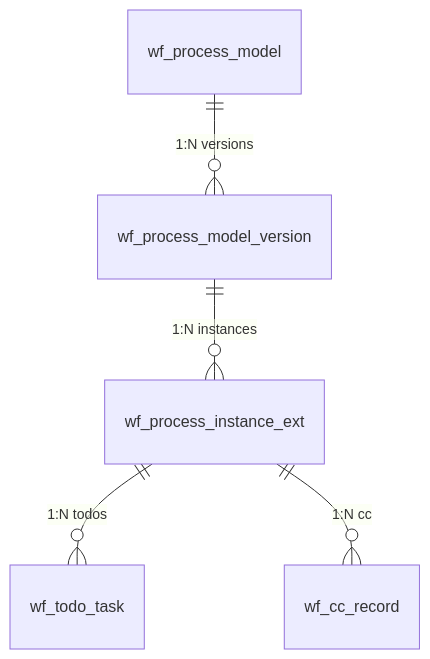
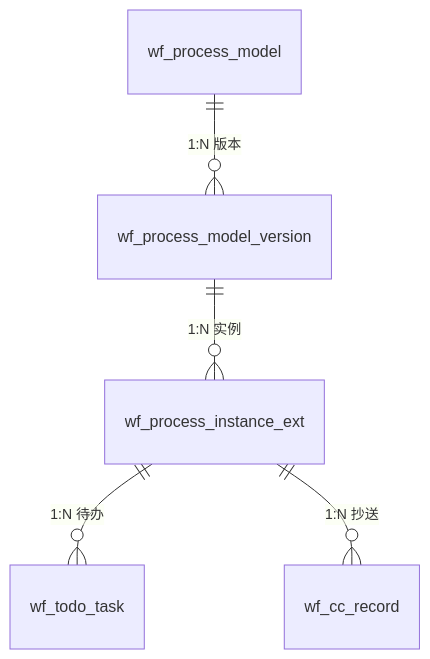
The diagram in docs/workflow.md (wang-baohai/Omni-Stack), drawn with Mermaid before and after one commit. The commit also changed other lines of this file and 76 other files, not shown here.

````diff
--- a/docs/workflow.md
+++ b/docs/workflow.md
@@ -54,7 +57,7 @@
 ```mermaid
 erDiagram
-    wf_process_model ||--o{ wf_process_model_version : "1:N versions"
-    wf_process_model_version ||--o{ wf_process_instance_ext : "1:N instances"
-    wf_process_instance_ext ||--o{ wf_todo_task : "1:N todos"
-    wf_process_instance_ext ||--o{ wf_cc_record : "1:N cc"
+    wf_process_model ||--o{ wf_process_model_version : "1:N 版本"
+    wf_process_model_version ||--o{ wf_process_instance_ext : "1:N 实例"
+    wf_process_instance_ext ||--o{ wf_todo_task : "1:N 待办"
+    wf_process_instance_ext ||--o{ wf_cc_record : "1:N 抄送"
 ```
````
